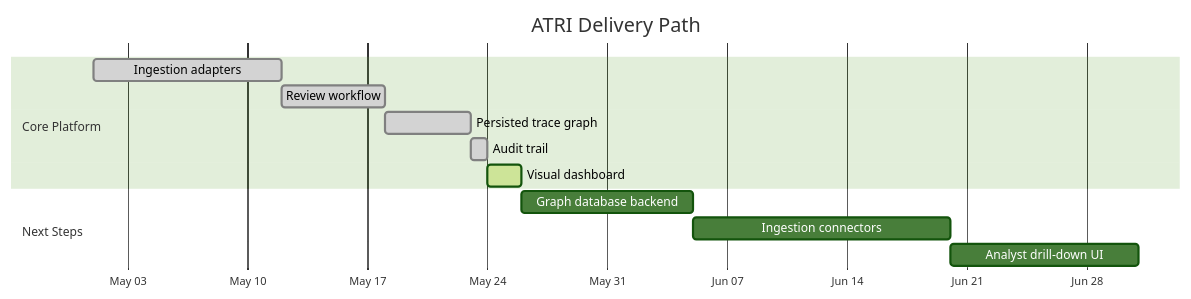
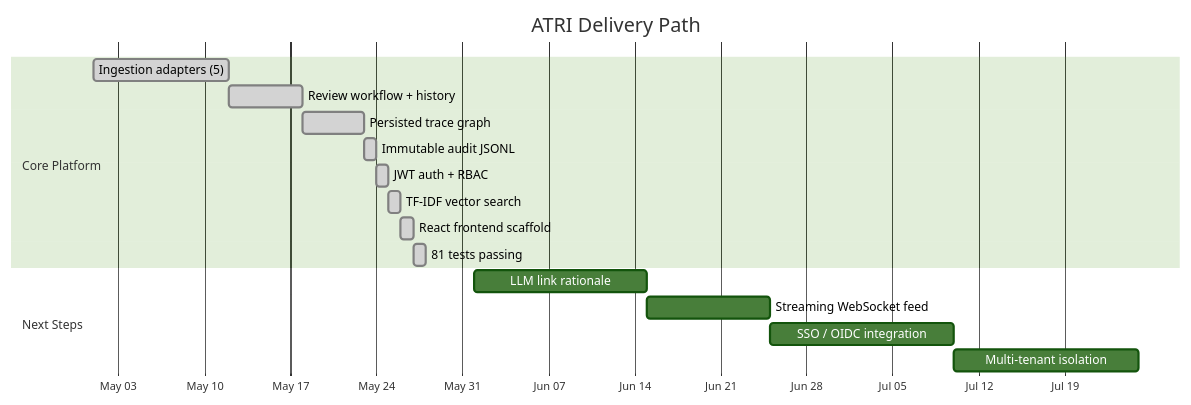
One commit to hkevin01/automated-traceability-requirements-intelligence changed the fifth of 5 diagrams in README.md. Above: the diagram before and after it, drawn with Mermaid (forest theme). The commit also changed other lines of this file and 5 other files, not shown here.

First line of the commit message:
feat: Add dashboard and ingestion components; update review history and reviews data

````diff
--- a/README.md
+++ b/README.md
@@ -124,16 +539,20 @@
 ```mermaid
 gantt
-   title ATRI Delivery Path
-   dateFormat  YYYY-MM-DD
-   axisFormat  %b %d
-   section Core Platform
-   Ingestion adapters        :done,    ingest, 2026-05-01, 2026-05-12
-   Review workflow           :done,    review, 2026-05-12, 2026-05-18
-   Persisted trace graph     :done,    graph,  2026-05-18, 2026-05-23
-   Audit trail               :done,    audit,  2026-05-23, 2026-05-24
-   Visual dashboard          :active,  dashboard, 2026-05-24, 2026-05-26
-   section Next Steps
-   Graph database backend    :         neo4j,  2026-05-26, 2026-06-05
-   Ingestion connectors      :         connectors, 2026-06-05, 2026-06-20
-   Analyst drill-down UI     :         ui, 2026-06-20, 2026-07-01
+    title ATRI Delivery Path
+    dateFormat  YYYY-MM-DD
+    axisFormat  %b %d
+    section Core Platform
+    Ingestion adapters (5)       :done,    ingest,    2026-05-01, 2026-05-12
+    Review workflow + history    :done,    review,    2026-05-12, 2026-05-18
+    Persisted trace graph        :done,    graph,     2026-05-18, 2026-05-23
+    Immutable audit JSONL        :done,    audit,     2026-05-23, 2026-05-24
+    JWT auth + RBAC              :done,    auth,      2026-05-24, 2026-05-25
+    TF-IDF vector search         :done,    vector,    2026-05-25, 2026-05-26
+    React frontend scaffold      :done,    react,     2026-05-26, 2026-05-27
+    81 tests passing             :done,    tests,     2026-05-27, 2026-05-28
+    section Next Steps
+    LLM link rationale           :         llm,       2026-06-01, 2026-06-15
+    Streaming WebSocket feed     :         ws,        2026-06-15, 2026-06-25
+    SSO / OIDC integration       :         sso,       2026-06-25, 2026-07-10
+    Multi-tenant isolation       :         mt,        2026-07-10, 2026-07-25
 ```
````
